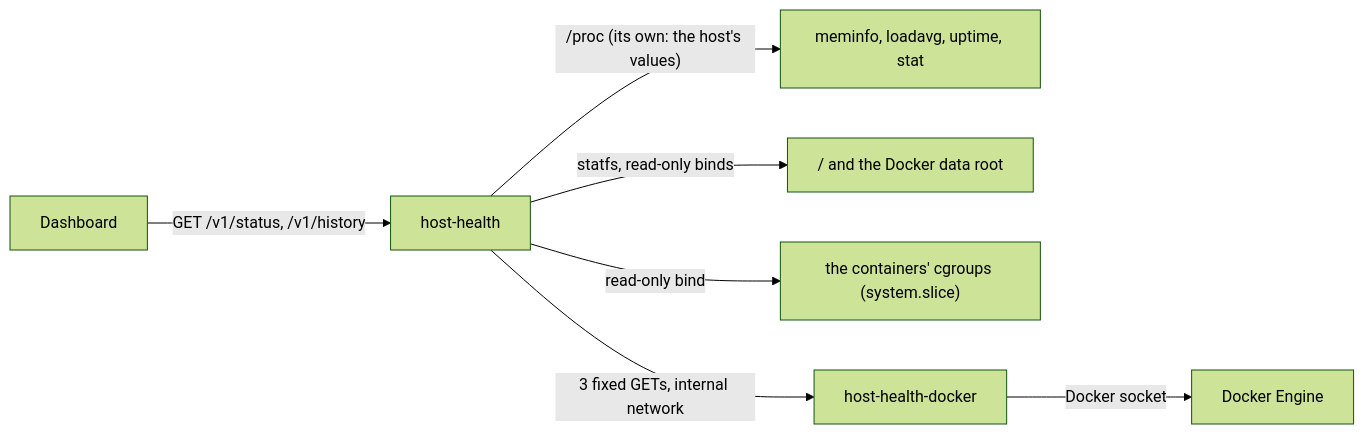
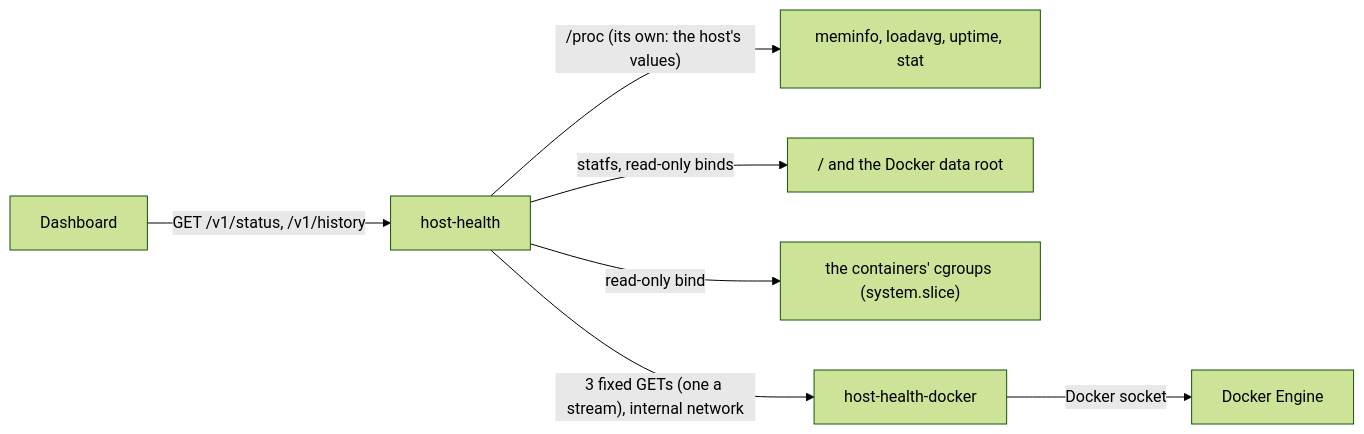
Before and after one commit to GAMch1k/life-os: the diagram in docs/services/host-health.md, drawn with Mermaid (forest theme). The commit also changed other lines of this file and 30 other files, not shown here.

````diff
--- a/docs/services/host-health.md
+++ b/docs/services/host-health.md
@@ -7,9 +7,9 @@
 ```mermaid
 flowchart LR
   Dashboard -- "GET /v1/status, /v1/history" --> HH[host-health]
   HH -- "/proc (its own: the host's values)" --> Proc[meminfo, loadavg, uptime, stat]
   HH -- "statfs, read-only binds" --> Disks["/ and the Docker data root"]
   HH -- "read-only bind" --> Cgroups["the containers' cgroups (system.slice)"]
-  HH -- "3 fixed GETs, internal network" --> GW[host-health-docker]
+  HH -- "3 fixed GETs (one a stream), internal network" --> GW[host-health-docker]
   GW -- "Docker socket" --> Engine[Docker Engine]
 ```
````
